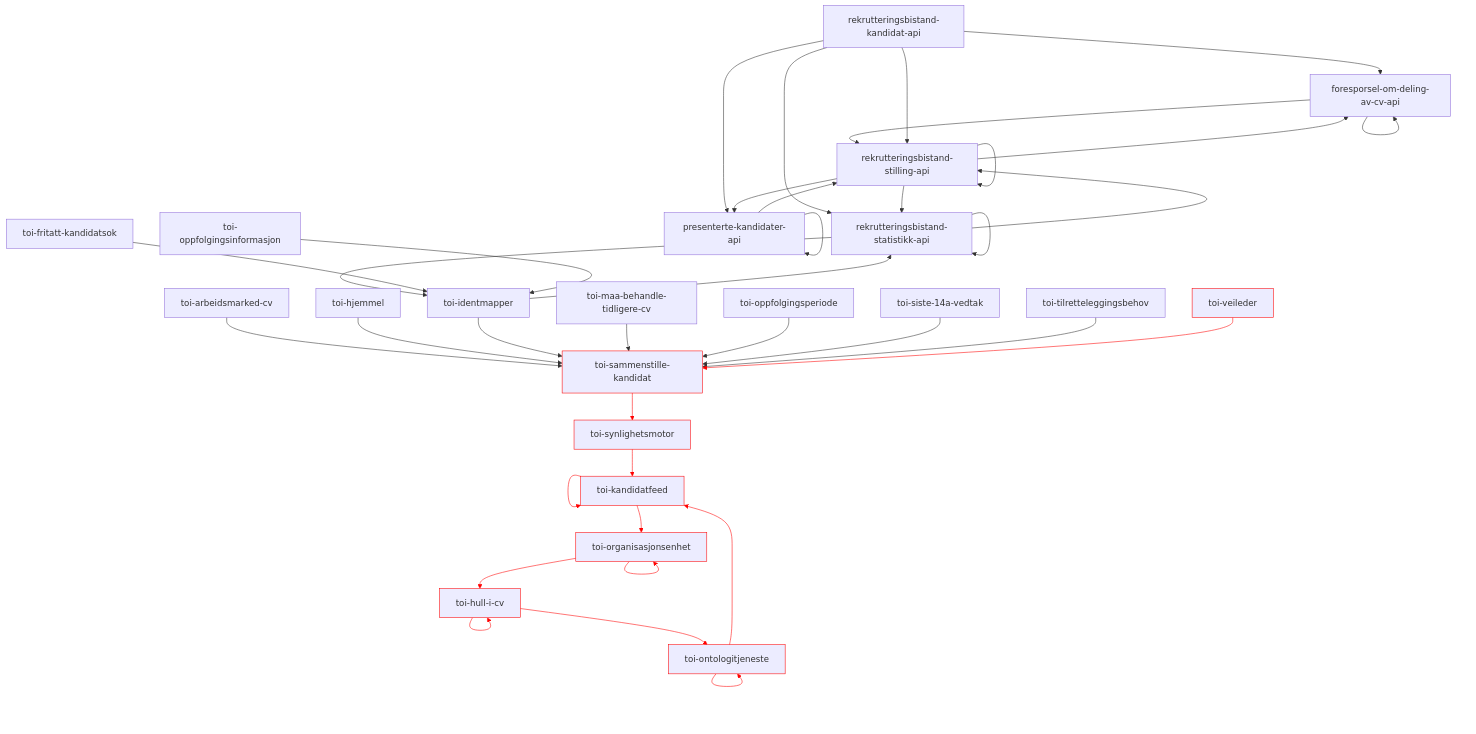
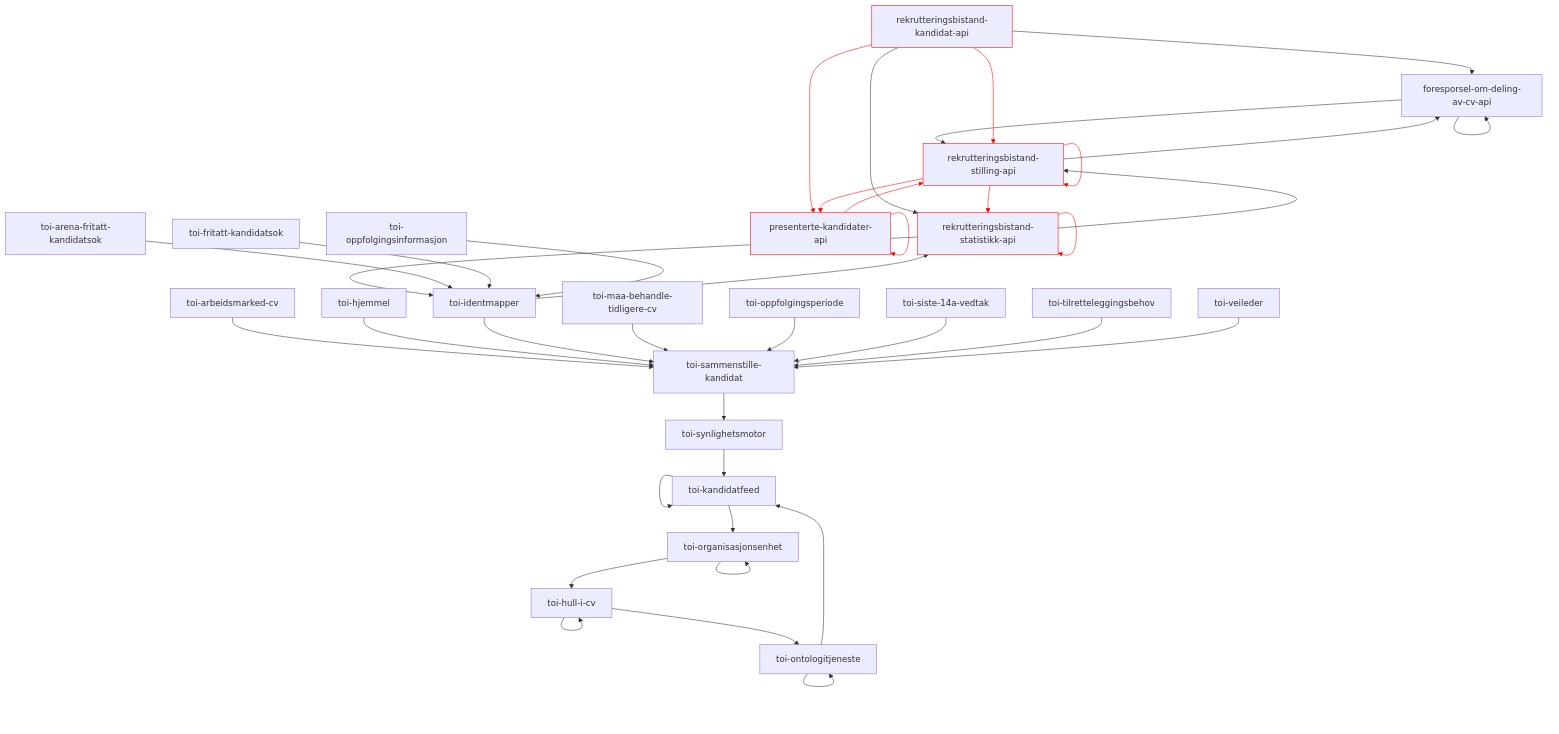
Diagram 15 of 24 in README.md (navikt/toi-rapids-and-rivers-grapher), drawn with Mermaid before and after one commit. The commit also changed other lines of this file, not shown here.

````diff
--- a/README.md
+++ b/README.md
@@ -640,42 +658,43 @@
 ```mermaid
 graph TD;
 foresporsel-om-deling-av-cv-api --> foresporsel-om-deling-av-cv-api;
 foresporsel-om-deling-av-cv-api --> rekrutteringsbistand-stilling-api;
-presenterte-kandidater-api --> presenterte-kandidater-api;
-presenterte-kandidater-api --> rekrutteringsbistand-stilling-api;
+presenterte-kandidater-api:::x --> presenterte-kandidater-api:::x;
+presenterte-kandidater-api:::x --> rekrutteringsbistand-stilling-api:::x;
 rekrutteringsbistand-kandidat-api --> foresporsel-om-deling-av-cv-api;
-rekrutteringsbistand-kandidat-api --> presenterte-kandidater-api;
+rekrutteringsbistand-kandidat-api:::x --> presenterte-kandidater-api:::x;
 rekrutteringsbistand-kandidat-api --> rekrutteringsbistand-statistikk-api;
-rekrutteringsbistand-kandidat-api --> rekrutteringsbistand-stilling-api;
-rekrutteringsbistand-statistikk-api --> rekrutteringsbistand-statistikk-api;
+rekrutteringsbistand-kandidat-api:::x --> rekrutteringsbistand-stilling-api:::x;
+rekrutteringsbistand-statistikk-api:::x --> rekrutteringsbistand-statistikk-api:::x;
 rekrutteringsbistand-statistikk-api --> rekrutteringsbistand-stilling-api;
 rekrutteringsbistand-statistikk-api --> toi-identmapper;
 rekrutteringsbistand-stilling-api --> foresporsel-om-deling-av-cv-api;
-rekrutteringsbistand-stilling-api --> presenterte-kandidater-api;
-rekrutteringsbistand-stilling-api --> rekrutteringsbistand-statistikk-api;
-rekrutteringsbistand-stilling-api --> rekrutteringsbistand-stilling-api;
+rekrutteringsbistand-stilling-api:::x --> presenterte-kandidater-api:::x;
+rekrutteringsbistand-stilling-api:::x --> rekrutteringsbistand-statistikk-api:::x;
+rekrutteringsbistand-stilling-api:::x --> rekrutteringsbistand-stilling-api:::x;
 toi-arbeidsmarked-cv --> toi-sammenstille-kandidat;
+toi-arena-fritatt-kandidatsok --> toi-identmapper;
 toi-fritatt-kandidatsok --> toi-identmapper;
 toi-hjemmel --> toi-sammenstille-kandidat;
-toi-hull-i-cv:::x --> toi-hull-i-cv:::x;
-toi-hull-i-cv:::x --> toi-ontologitjeneste:::x;
+toi-hull-i-cv --> toi-hull-i-cv;
+toi-hull-i-cv --> toi-ontologitjeneste;
 toi-identmapper --> rekrutteringsbistand-statistikk-api;
 toi-identmapper --> toi-sammenstille-kandidat;
-toi-kandidatfeed:::x --> toi-kandidatfeed:::x;
-toi-kandidatfeed:::x --> toi-organisasjonsenhet:::x;
+toi-kandidatfeed --> toi-kandidatfeed;
+toi-kandidatfeed --> toi-organisasjonsenhet;
 toi-maa-behandle-tidligere-cv --> toi-sammenstille-kandidat;
-toi-ontologitjeneste:::x --> toi-kandidatfeed:::x;
-toi-ontologitjeneste:::x --> toi-ontologitjeneste:::x;
+toi-ontologitjeneste --> toi-kandidatfeed;
+toi-ontologitjeneste --> toi-ontologitjeneste;
 toi-oppfolgingsinformasjon --> toi-identmapper;
 toi-oppfolgingsperiode --> toi-sammenstille-kandidat;
-toi-organisasjonsenhet:::x --> toi-hull-i-cv:::x;
-toi-organisasjonsenhet:::x --> toi-organisasjonsenhet:::x;
-toi-sammenstille-kandidat:::x --> toi-synlighetsmotor:::x;
+toi-organisasjonsenhet --> toi-hull-i-cv;
+toi-organisasjonsenhet --> toi-organisasjonsenhet;
+toi-sammenstille-kandidat --> toi-synlighetsmotor;
 toi-siste-14a-vedtak --> toi-sammenstille-kandidat;
-toi-synlighetsmotor:::x --> toi-kandidatfeed:::x;
+toi-synlighetsmotor --> toi-kandidatfeed;
 toi-tilretteleggingsbehov --> toi-sammenstille-kandidat;
-toi-veileder:::x --> toi-sammenstille-kandidat:::x;
+toi-veileder --> toi-sammenstille-kandidat;
 
-linkStyle 18,19,22,23,25,26,29,30,31,33,35 stroke:red;
+linkStyle 2,3,5,7,8,12,13,14 stroke:red;
 classDef x stroke: red;
 ```
````
